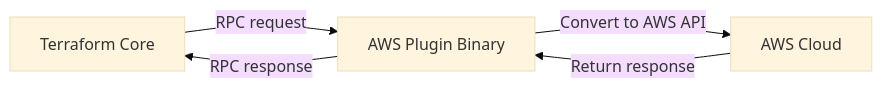
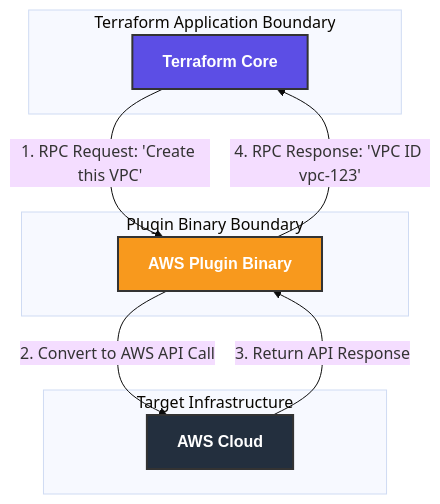
One commit to pruthivn/DevOps changed the diagram in Terraform/Readme.md. Above: the diagram before and after it, drawn with Mermaid (base theme).

Commit message:
new flow diagram

````diff
--- a/Terraform/Readme.md
+++ b/Terraform/Readme.md
@@ -40,11 +40,24 @@
 ```mermaid
-flowchart LR
-  Core[Terraform Core]
-  Plugin[AWS Plugin Binary]
-  Cloud[AWS Cloud]
+graph TD
+    subgraph Core_Domain [Terraform Application Boundary]
+        Core[Terraform Core]
+    end
 
-  Core -->|RPC request| Plugin
-  Plugin -->|Convert to AWS API| Cloud
-  Cloud -->|Return response| Plugin
-  Plugin -->|RPC response| Core
+    subgraph Provider_Domain [Plugin Binary Boundary]
+        Plugin[AWS Plugin Binary]
+    end
+
+    subgraph Cloud_Domain [Target Infrastructure]
+        AWS[AWS Cloud]
+    end
+
+    Core -->|1. RPC Request: 'Create this VPC'| Plugin
+    Plugin -->|2. Convert to AWS API Call| AWS
+    AWS -->|3. Return API Response| Plugin
+    Plugin -->|4. RPC Response: 'VPC ID vpc-123'| Core
+
+    style Core fill:#5C4EE5,stroke:#333,stroke-width:2px,color:#fff
+    style Plugin fill:#F8991D,stroke:#333,stroke-width:2px,color:#fff
+    style AWS fill:#232F3E,stroke:#333,stroke-width:2px,color:#fff
+    classDef default font-family:sans-serif,font-weight:bold;
 ```
````
